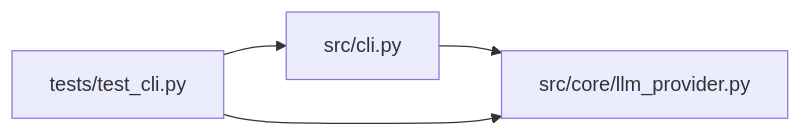
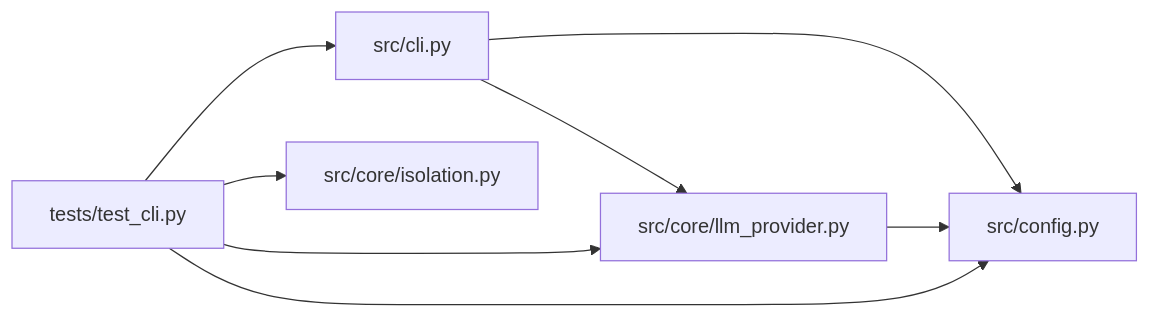
One commit to Denissvgn/autoresearch-agent changed the diagram in docs/llm_wiki/modules/test_cli.md. Above: the diagram before and after it, drawn with Mermaid. The commit also changed other lines of this file and 1033 other files, not shown here.

Commit message:
docs(wiki): sync wiki with agent-wiki-cli 3.2.0 and provider updates

````diff
--- a/docs/llm_wiki/modules/test_cli.md
+++ b/docs/llm_wiki/modules/test_cli.md
@@ -32,12 +34,20 @@
 ```mermaid
 flowchart LR
     n0["src/cli.py"]
-    n1["src/core/llm_provider.py"]
-    n2["tests/test_cli.py"]
+    n1["src/config.py"]
+    n2["src/core/isolation.py"]
+    n3["src/core/llm_provider.py"]
+    n4["tests/test_cli.py"]
     n0 --> n1
-    n2 --> n0
-    n2 --> n1
+    n0 --> n3
+    n3 --> n1
+    n4 --> n0
+    n4 --> n1
+    n4 --> n2
+    n4 --> n3
     click n0 "../modules/cli.md"
-    click n1 "../modules/llm_provider.md"
-    click n2 "../modules/test_cli.md"
+    click n1 "../modules/config.md"
+    click n2 "../modules/isolation.md"
+    click n3 "../modules/llm_provider.md"
+    click n4 "../modules/test_cli.md"
 ```
````
